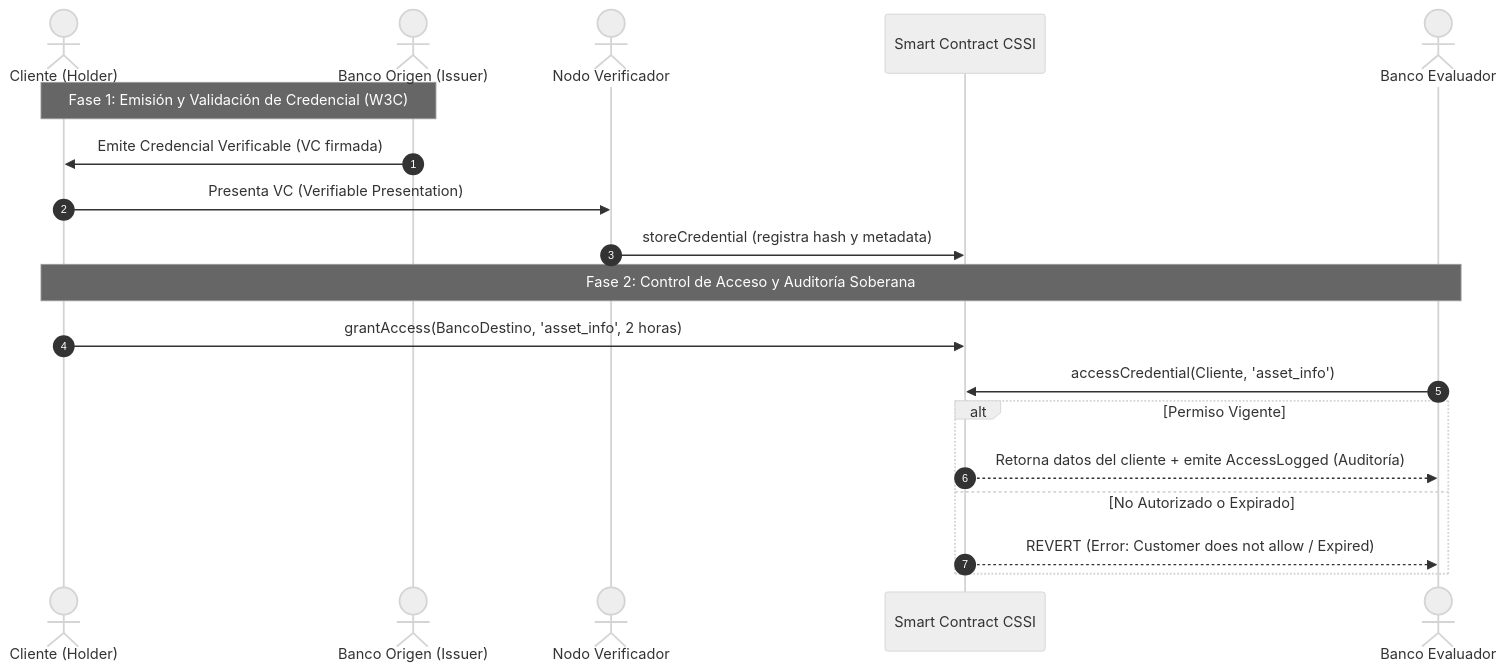
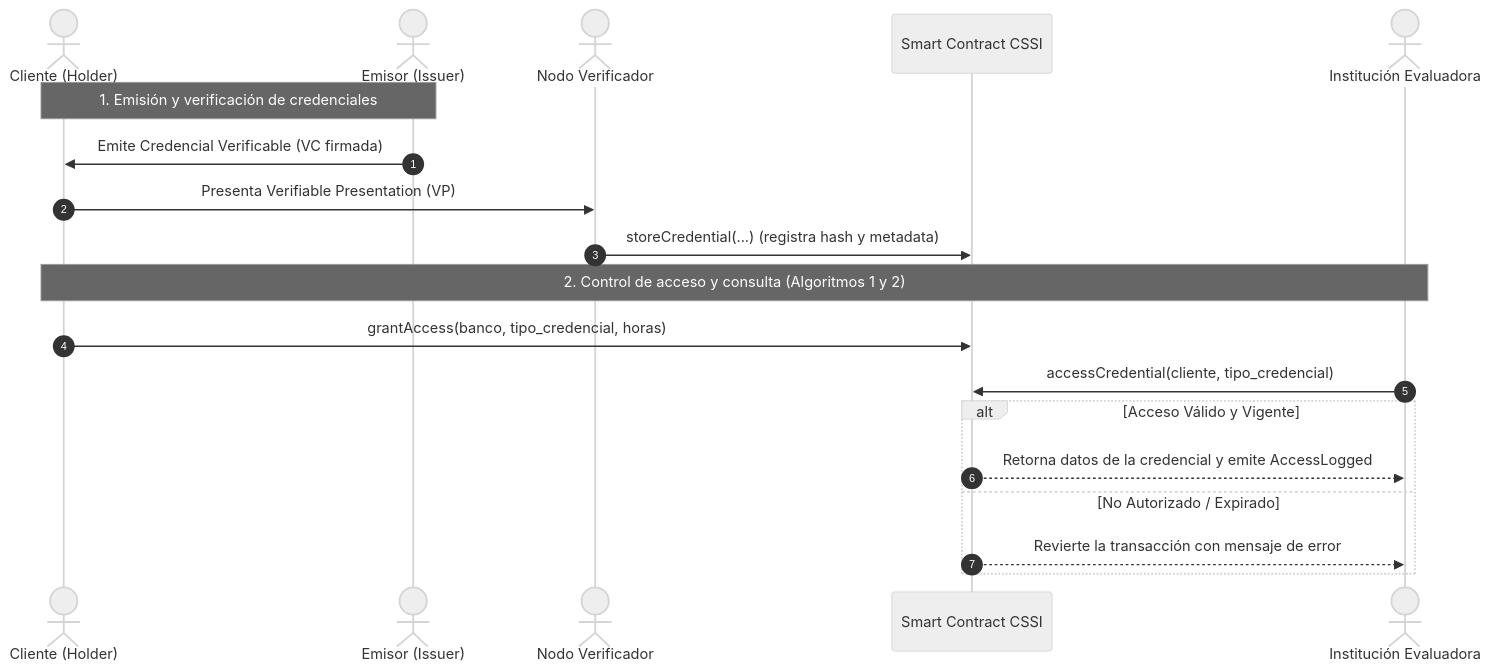
Before and after one commit to Anhiielo/cssi: the diagram in README.md, drawn with Mermaid (neutral theme). The commit also changed other lines of this file and 2 other files, not shown here.

````diff
--- a/README.md
+++ b/README.md
@@ -20,23 +22,23 @@
 ```mermaid
 sequenceDiagram
     autonumber
     actor Cliente as Cliente (Holder)
-    actor BancoEmisor as Banco Origen (Issuer)
+    actor BancoEmisor as Emisor (Issuer)
     actor Verificador as Nodo Verificador
     participant Contrato as Smart Contract CSSI
-    actor BancoDestino as Banco Evaluador
+    actor BancoEvaluador as Institución Evaluadora
 
-    Note over Cliente,BancoEmisor: Fase 1: Emisión y Validación de Credencial (W3C)
+    Note over Cliente,BancoEmisor: 1. Emisión y verificación de credenciales
     BancoEmisor->>Cliente: Emite Credencial Verificable (VC firmada)
-    Cliente->>Verificador: Presenta VC (Verifiable Presentation)
-    Verificador->>Contrato: storeCredential (registra hash y metadata)
+    Cliente->>Verificador: Presenta Verifiable Presentation (VP)
+    Verificador->>Contrato: storeCredential(...) (registra hash y metadata)
 
-    Note over Cliente,BancoDestino: Fase 2: Control de Acceso y Auditoría Soberana
-    Cliente->>Contrato: grantAccess(BancoDestino, 'asset_info', 2 horas)
-    BancoDestino->>Contrato: accessCredential(Cliente, 'asset_info')
-    alt Permiso Vigente
-        Contrato-->>BancoDestino: Retorna datos del cliente + emite AccessLogged (Auditoría)
-    else No Autorizado o Expirado
-        Contrato-->>BancoDestino: REVERT (Error: Customer does not allow / Expired)
+    Note over Cliente,BancoEvaluador: 2. Control de acceso y consulta (Algoritmos 1 y 2)
+    Cliente->>Contrato: grantAccess(banco, tipo_credencial, horas)
+    BancoEvaluador->>Contrato: accessCredential(cliente, tipo_credencial)
+    alt Acceso Válido y Vigente
+        Contrato-->>BancoEvaluador: Retorna datos de la credencial y emite AccessLogged
+    else No Autorizado / Expirado
+        Contrato-->>BancoEvaluador: Revierte la transacción con mensaje de error
     end
 ```
````
